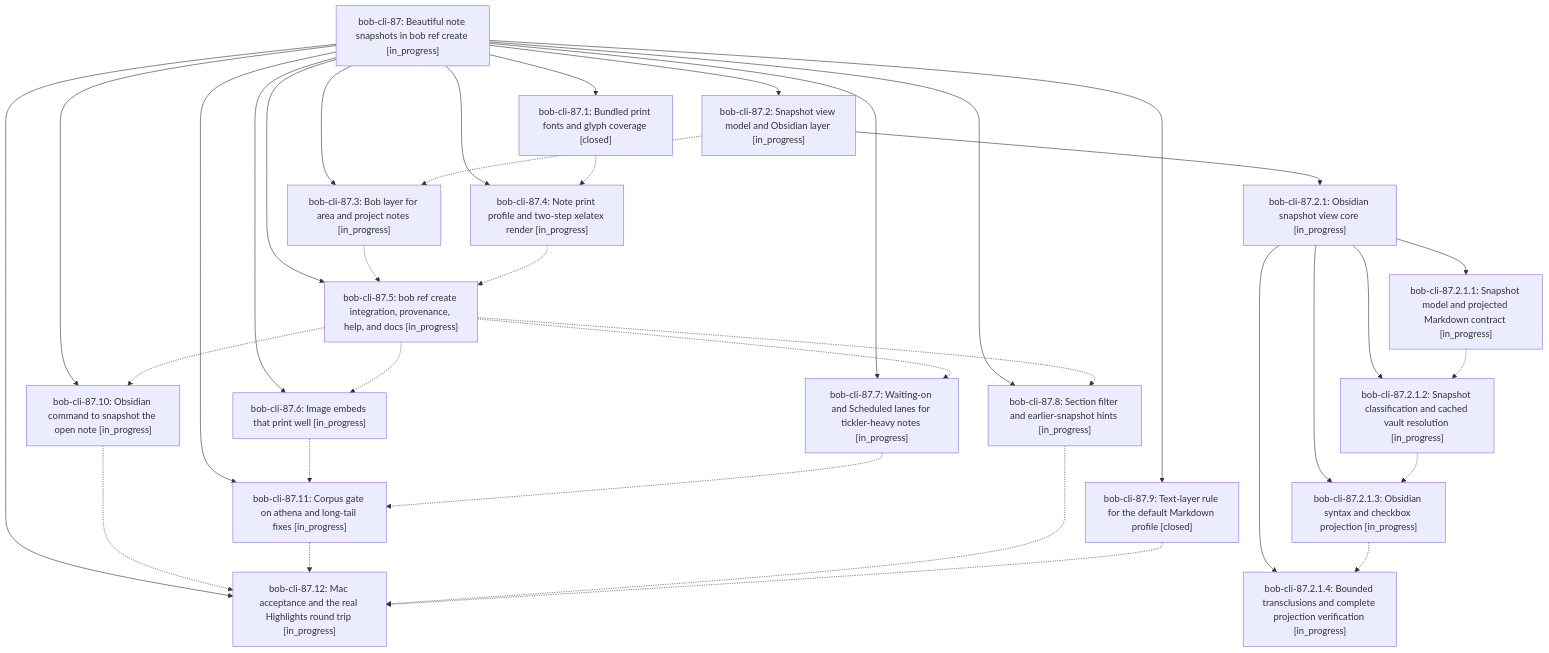
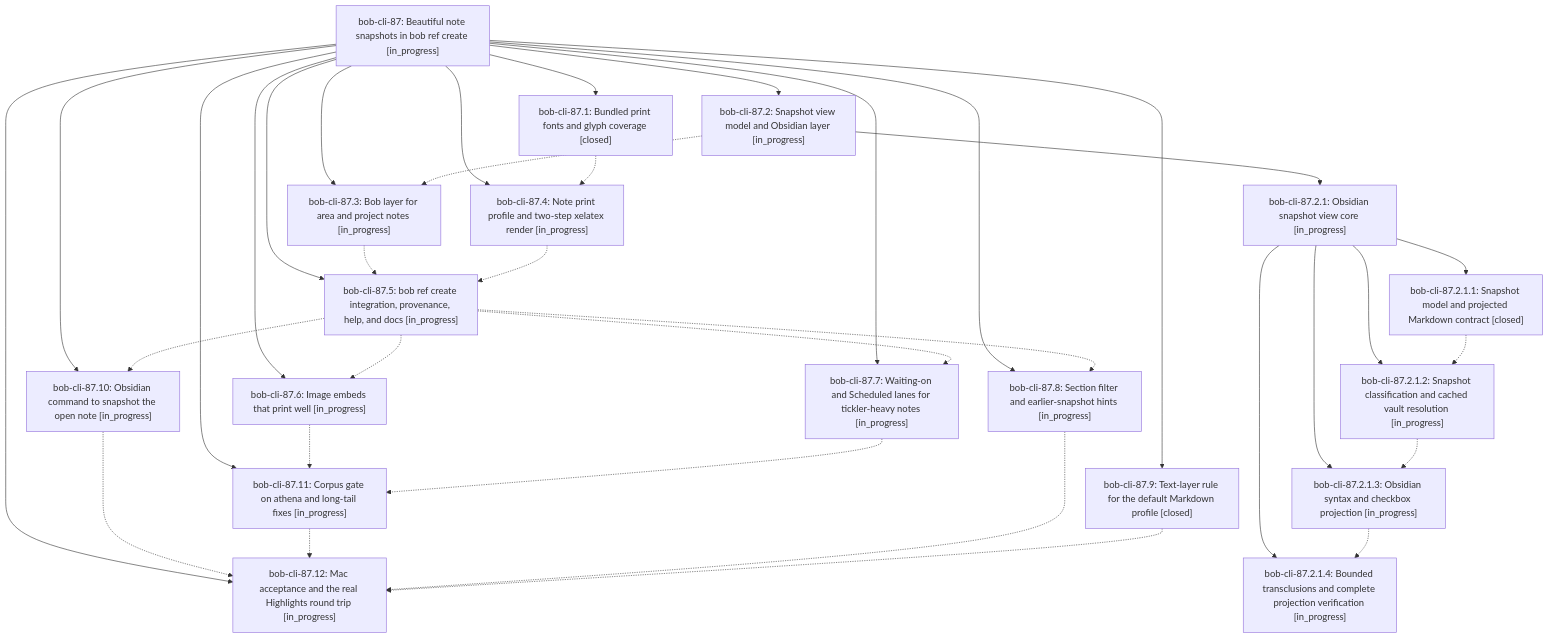
The diagram in pages/bob-cli-87/README.md (bobs-org/bob-cli--beads), drawn with Mermaid before and after one commit. The commit also changed other lines of this file and 5 other files, not shown here.

First line of the commit message:
chore(beads): sync bead state and pages for bob-cli-87

````diff
--- a/pages/bob-cli-87/README.md
+++ b/pages/bob-cli-87/README.md
@@ -45,55 +45,55 @@
 ```mermaid
 flowchart TD
     n0["bob-cli-87: Beautiful note snapshots in bob ref create [in_progress]"]
     n1["bob-cli-87.1: Bundled print fonts and glyph coverage [closed]"]
     n2["bob-cli-87.10: Obsidian command to snapshot the open note [in_progress]"]
     n3["bob-cli-87.11: Corpus gate on athena and long-tail fixes [in_progress]"]
     n4["bob-cli-87.12: Mac acceptance and the real Highlights round trip [in_progress]"]
     n5["bob-cli-87.2: Snapshot view model and Obsidian layer [in_progress]"]
     n6["bob-cli-87.2.1: Obsidian snapshot view core [in_progress]"]
-    n7["bob-cli-87.2.1.1: Snapshot model and projected Markdown contract [in_progress]"]
+    n7["bob-cli-87.2.1.1: Snapshot model and projected Markdown contract [closed]"]
     n8["bob-cli-87.2.1.2: Snapshot classification and cached vault resolution [in_progress]"]
     n9["bob-cli-87.2.1.3: Obsidian syntax and checkbox projection [in_progress]"]
     n10["bob-cli-87.2.1.4: Bounded transclusions and complete projection verification [in_progress]"]
     n11["bob-cli-87.3: Bob layer for area and project notes [in_progress]"]
     n12["bob-cli-87.4: Note print profile and two-step xelatex render [in_progress]"]
     n13["bob-cli-87.5: bob ref create integration, provenance, help, and docs [in_progress]"]
     n14["bob-cli-87.6: Image embeds that print well [in_progress]"]
     n15["bob-cli-87.7: Waiting-on and Scheduled lanes for tickler-heavy notes [in_progress]"]
     n16["bob-cli-87.8: Section filter and earlier-snapshot hints [in_progress]"]
     n17["bob-cli-87.9: Text-layer rule for the default Markdown profile [closed]"]
     n0 --> n1
     n0 --> n2
     n0 --> n3
     n0 --> n4
     n0 --> n5
     n5 --> n6
     n6 --> n7
     n6 --> n8
     n6 --> n9
     n6 --> n10
     n0 --> n11
     n0 --> n12
     n0 --> n13
     n0 --> n14
     n0 --> n15
     n0 --> n16
     n0 --> n17
     n1 -.-> n12
     n2 -.-> n4
     n3 -.-> n4
     n5 -.-> n11
     n7 -.-> n8
     n8 -.-> n9
     n9 -.-> n10
     n11 -.-> n13
     n12 -.-> n13
     n13 -.-> n2
     n13 -.-> n14
     n13 -.-> n15
     n13 -.-> n16
     n14 -.-> n3
     n15 -.-> n3
     n16 -.-> n4
     n17 -.-> n4
 ```
````
